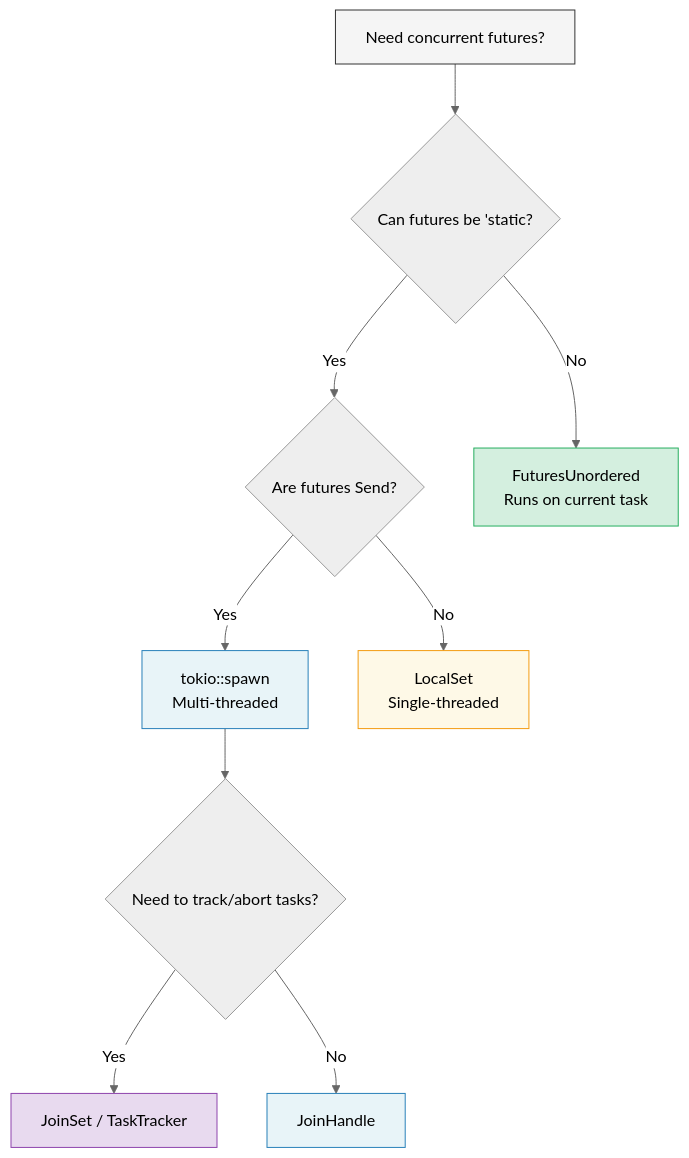
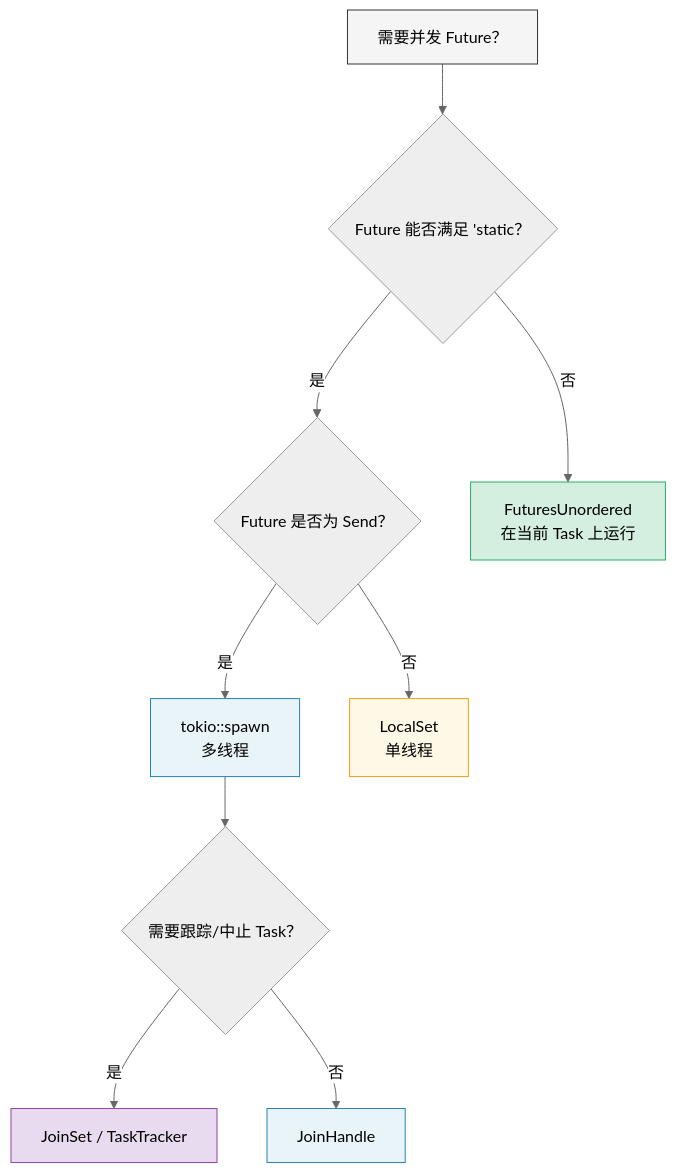
One commit to hearsay316/RustTraining changed the diagram in async-book/src-zh/ch09-when-tokio-isnt-the-right-fit.md. Above: the diagram before and after it, drawn with Mermaid (neutral theme). The commit also changed other lines of this file and 18 other files, not shown here.

````diff
--- a/async-book/src-zh/ch09-when-tokio-isnt-the-right-fit.md
+++ b/async-book/src-zh/ch09-when-tokio-isnt-the-right-fit.md
@@ -10,18 +10,18 @@
 ```mermaid
 graph TD
-    START["Need concurrent futures?"] --> STATIC{"Can futures be 'static?"}
-    STATIC -->|Yes| SEND{"Are futures Send?"}
-    STATIC -->|No| FU["FuturesUnordered<br/>Runs on current task"]
-    SEND -->|Yes| SPAWN["tokio::spawn<br/>Multi-threaded"]
-    SEND -->|No| LOCAL["LocalSet<br/>Single-threaded"]
-    SPAWN --> MANAGE{"Need to track/abort tasks?"}
-    MANAGE -->|Yes| JOINSET["JoinSet / TaskTracker"]
-    MANAGE -->|No| HANDLE["JoinHandle"]
+    START["需要并发 Future？"] --> STATIC{"Future 能否满足 'static？"}
+    STATIC -->|是| SEND{"Future 是否为 Send？"}
+    STATIC -->|否| FU["FuturesUnordered<br/>在当前 Task 上运行"]
+    SEND -->|是| SPAWN["tokio::spawn<br/>多线程"]
+    SEND -->|否| LOCAL["LocalSet<br/>单线程"]
+    SPAWN --> MANAGE{"需要跟踪/中止 Task？"}
+    MANAGE -->|是| JOINSET["JoinSet / TaskTracker"]
+    MANAGE -->|否| HANDLE["JoinHandle"]
 
     style START fill:#f5f5f5,stroke:#333,color:#000
     style FU fill:#d4efdf,stroke:#27ae60,color:#000
     style SPAWN fill:#e8f4f8,stroke:#2980b9,color:#000
     style LOCAL fill:#fef9e7,stroke:#f39c12,color:#000
     style JOINSET fill:#e8daef,stroke:#8e44ad,color:#000
     style HANDLE fill:#e8f4f8,stroke:#2980b9,color:#000
 ```
````
